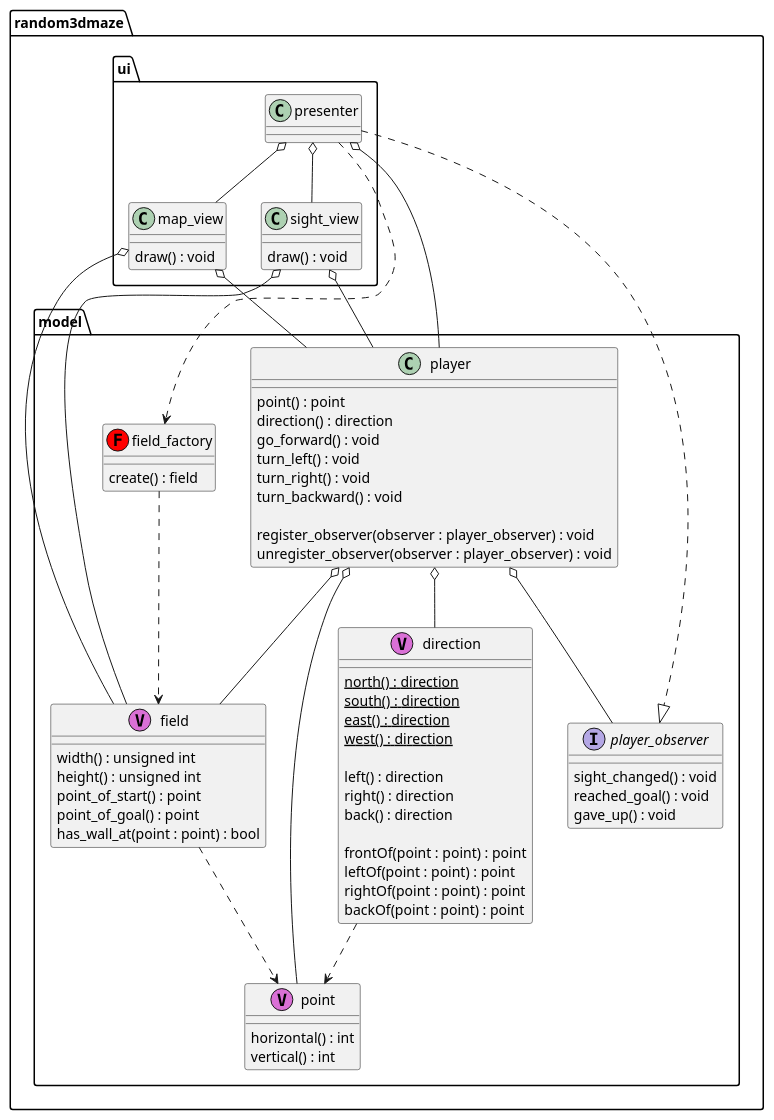
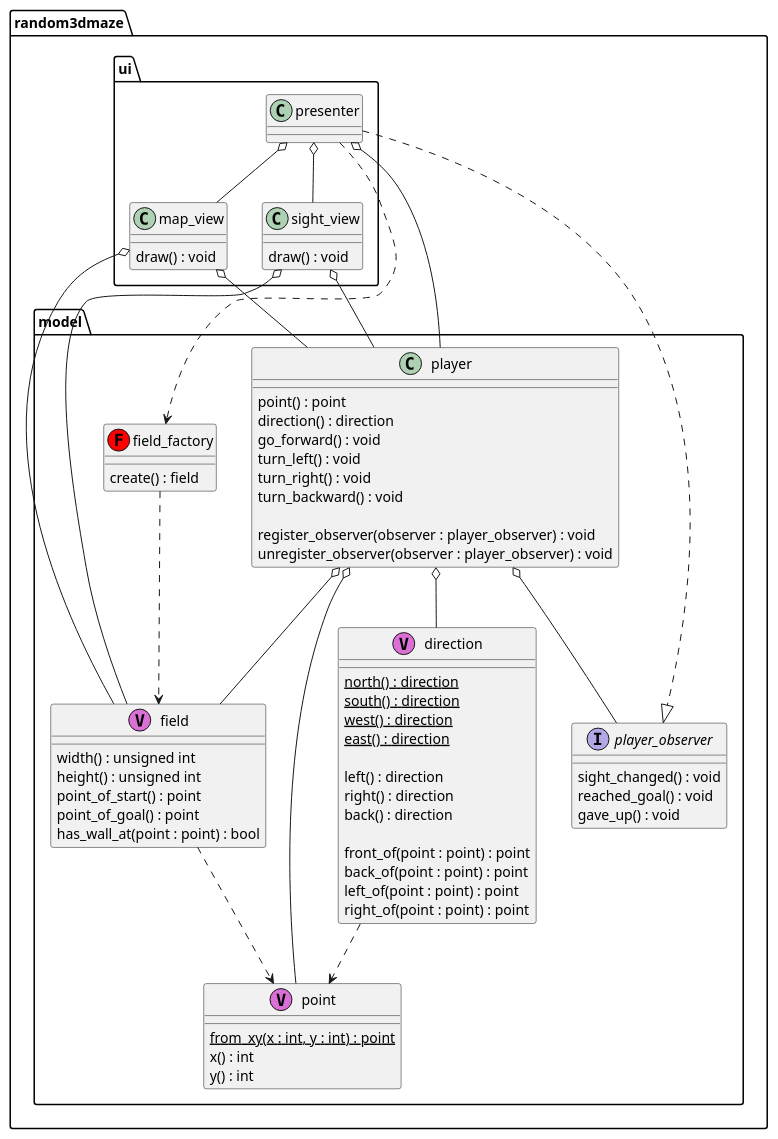
One commit to portown/Random3dMaze changed the diagram in doc/architecture.plantuml. Above: the diagram before and after it, drawn with PlantUML.

Commit message:
Fix the architecture

```diff
--- a/doc/architecture.plantuml
+++ b/doc/architecture.plantuml
@@ -1,90 +1,91 @@
 @startuml
 
 package random3dmaze {
 
   package model {
 
     class field_factory <<(F, red)>> {
       create() : field
     }
 
     class field <<(V, orchid)>> {
       width() : unsigned int
       height() : unsigned int
       point_of_start() : point
       point_of_goal() : point
       has_wall_at(point : point) : bool
     }
 
     class point <<(V, orchid)>> {
-      horizontal() : int
-      vertical() : int
+      {static} from_xy(x : int, y : int) : point
+      x() : int
+      y() : int
     }
 
     class direction <<(V, orchid)>> {
       {static} north() : direction
       {static} south() : direction
+      {static} west() : direction
       {static} east() : direction
-      {static} west() : direction
 
       left() : direction
       right() : direction
       back() : direction
 
-      frontOf(point : point) : point
-      leftOf(point : point) : point
-      rightOf(point : point) : point
-      backOf(point : point) : point
+      front_of(point : point) : point
+      back_of(point : point) : point
+      left_of(point : point) : point
+      right_of(point : point) : point
     }
 
     interface player_observer {
       sight_changed() : void
       reached_goal() : void
       gave_up() : void
     }
 
     class player {
       point() : point
       direction() : direction
       go_forward() : void
       turn_left() : void
       turn_right() : void
       turn_backward() : void
 
       register_observer(observer : player_observer) : void
       unregister_observer(observer : player_observer) : void
     }
 
     field_factory ..> field
     field ..> point
     player o-- field
     player o-- point
     player o-- direction
     player o-- player_observer
     direction ..> point
   }
 
   package ui {
 
     class sight_view {
       draw() : void
     }
 
     class map_view {
       draw() : void
     }
 
     presenter ..> field_factory
     presenter o-- player
     presenter ..|> player_observer
     presenter o-- sight_view
     presenter o-- map_view
 
     sight_view o-- field
     sight_view o-- player
     map_view o-- field
     map_view o-- player
   }
 }
 
 @enduml
```
